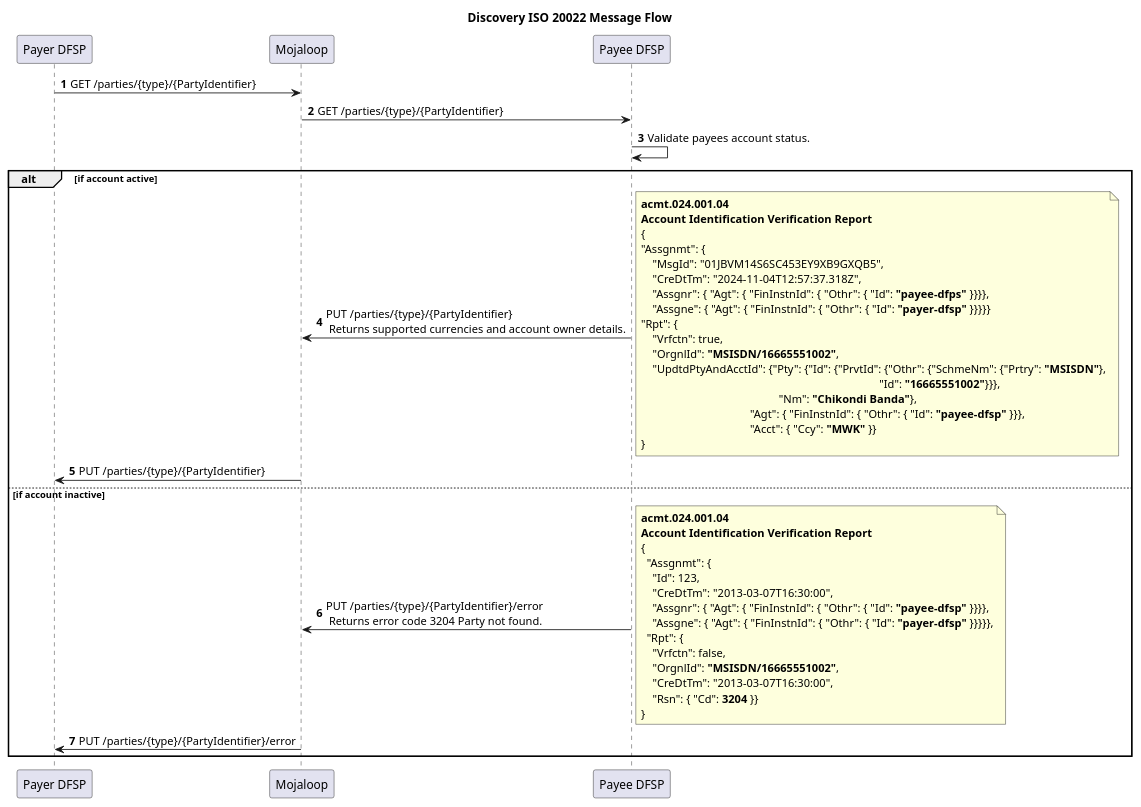
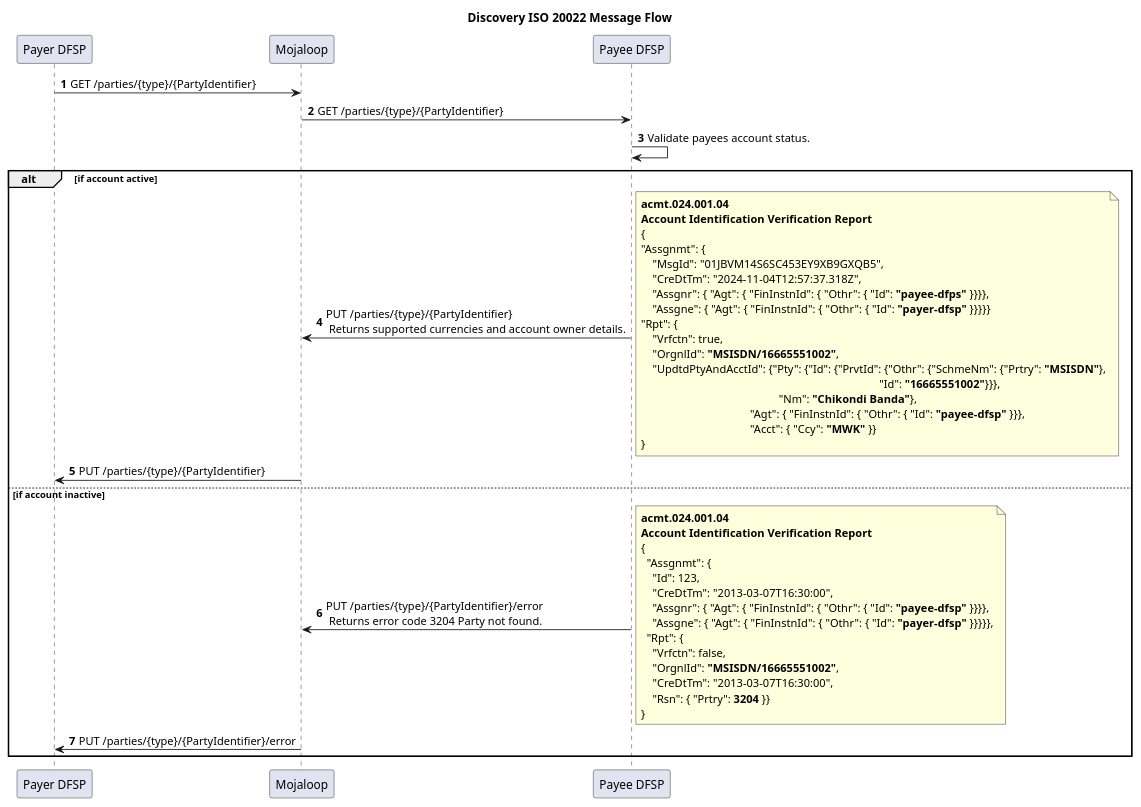
One commit to mojaloop/iso-20022-docs changed the diagram in Workstream documents/MarketPracticeDoc/SequenceDiagrams/Discovery.plantuml. Above: the diagram before and after it, drawn with PlantUML. The commit also changed 72 other files, not shown here.

```diff
--- a/Workstream documents/MarketPracticeDoc/SequenceDiagrams/Discovery.plantuml
+++ b/Workstream documents/MarketPracticeDoc/SequenceDiagrams/Discovery.plantuml
@@ -1,59 +1,59 @@
 @startuml
 
 Title Discovery ISO 20022 Message Flow
 participant PayerDFSP as "Payer DFSP"
 participant Mojaloop as "Mojaloop"
 participant PayeeDFSP as "Payee DFSP"
 
 autonumber
 
 PayerDFSP -> Mojaloop: GET /parties/{type}/{PartyIdentifier}
 Mojaloop -> PayeeDFSP: GET /parties/{type}/{PartyIdentifier}
 PayeeDFSP -> PayeeDFSP: Validate payees account status.
 alt if account active
 PayeeDFSP -> Mojaloop: PUT /parties/{type}/{PartyIdentifier} \n Returns supported currencies and account owner details.
 note right
 **acmt.024.001.04**
 **Account Identification Verification Report**
 {
 "Assgnmt": {
     "MsgId": "01JBVM14S6SC453EY9XB9GXQB5",
     "CreDtTm": "2024-11-04T12:57:37.318Z",
     "Assgnr": { "Agt": { "FinInstnId": { "Othr": { "Id": **"payee-dfps"** }}}},
     "Assgne": { "Agt": { "FinInstnId": { "Othr": { "Id": **"payer-dfsp"** }}}}}
 "Rpt": {
     "Vrfctn": true,
     "OrgnlId": **"MSISDN/16665551002"**,
     "UpdtdPtyAndAcctId": {"Pty": {"Id": {"PrvtId": {"Othr": {"SchmeNm": {"Prtry": **"MSISDN"**},
                                                                                    "Id": **"16665551002"**}}},
                                                 "Nm": **"Chikondi Banda"**},
                                       "Agt": { "FinInstnId": { "Othr": { "Id": **"payee-dfsp"** }}},
                                       "Acct": { "Ccy": **"MWK"** }}
 }
 end note
 Mojaloop -> PayerDFSP: PUT /parties/{type}/{PartyIdentifier}
 
 else if account inactive
 
 PayeeDFSP -> Mojaloop: PUT /parties/{type}/{PartyIdentifier}/error \n Returns error code 3204 Party not found.
 note right
 **acmt.024.001.04**
 **Account Identification Verification Report**
 {
   "Assgnmt": {
     "Id": 123,
     "CreDtTm": "2013-03-07T16:30:00",
     "Assgnr": { "Agt": { "FinInstnId": { "Othr": { "Id": **"payee-dfsp"** }}}},
     "Assgne": { "Agt": { "FinInstnId": { "Othr": { "Id": **"payer-dfsp"** }}}}},
   "Rpt": {
     "Vrfctn": false,
     "OrgnlId": **"MSISDN/16665551002"**,
     "CreDtTm": "2013-03-07T16:30:00",
-    "Rsn": { "Cd": **3204** }}
+    "Rsn": { "Prtry": **3204** }}
 }
 end note
 Mojaloop -> PayerDFSP: PUT /parties/{type}/{PartyIdentifier}/error
 
 end
 
 @enduml
```
